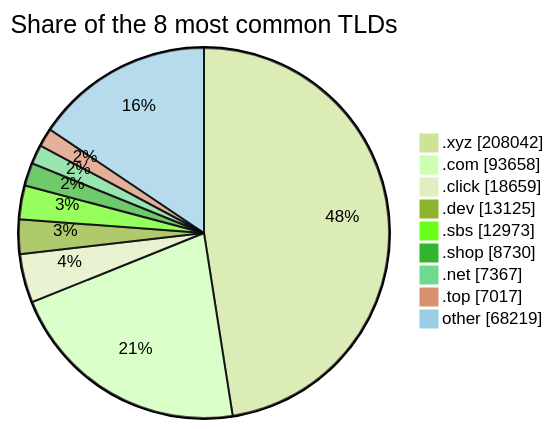
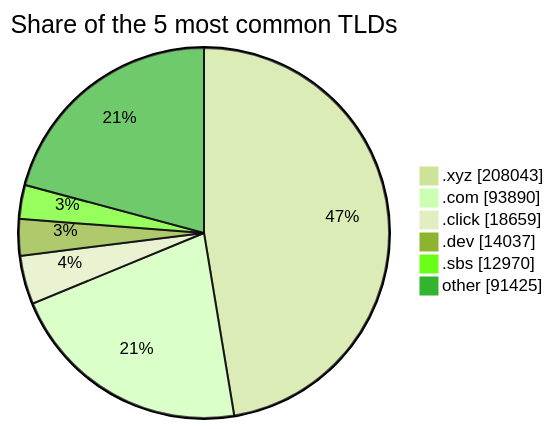
The second of 2 diagrams in README.md (DNSBunker/CTI), drawn with Mermaid (forest theme) before and after one commit. The commit also changed other lines of this file and 3 other files, not shown here.

````diff
--- a/README.md
+++ b/README.md
@@ -71,12 +72,9 @@
 ```mermaid
-pie showData title Share of the 8 most common TLDs
-    ".xyz" : 208042
-    ".com" : 93658
+pie showData title Share of the 5 most common TLDs
+    ".xyz" : 208043
+    ".com" : 93890
     ".click" : 18659
-    ".dev" : 13125
-    ".sbs" : 12973
-    ".shop" : 8730
-    ".net" : 7367
-    ".top" : 7017
-    "other" : 68219
+    ".dev" : 14037
+    ".sbs" : 12970
+    "other" : 91425
 ```
````
